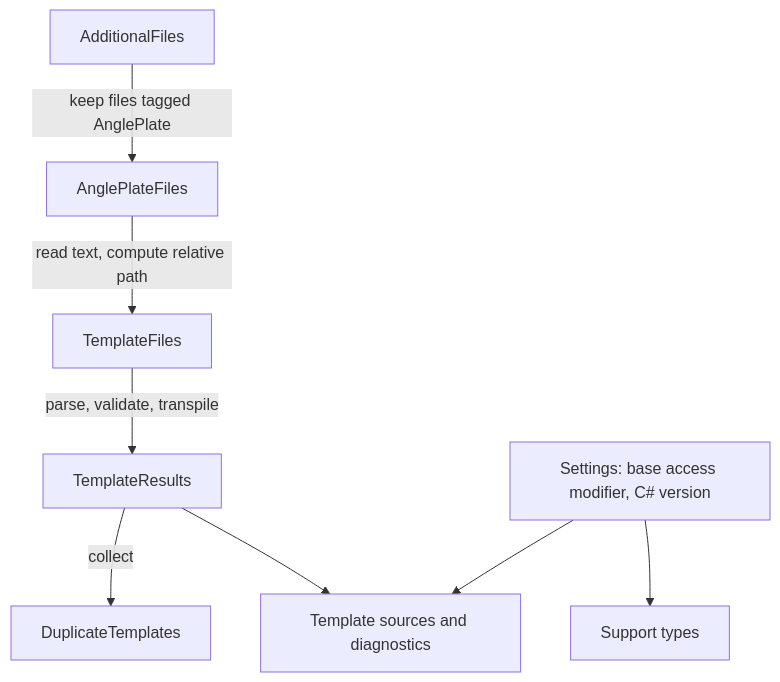
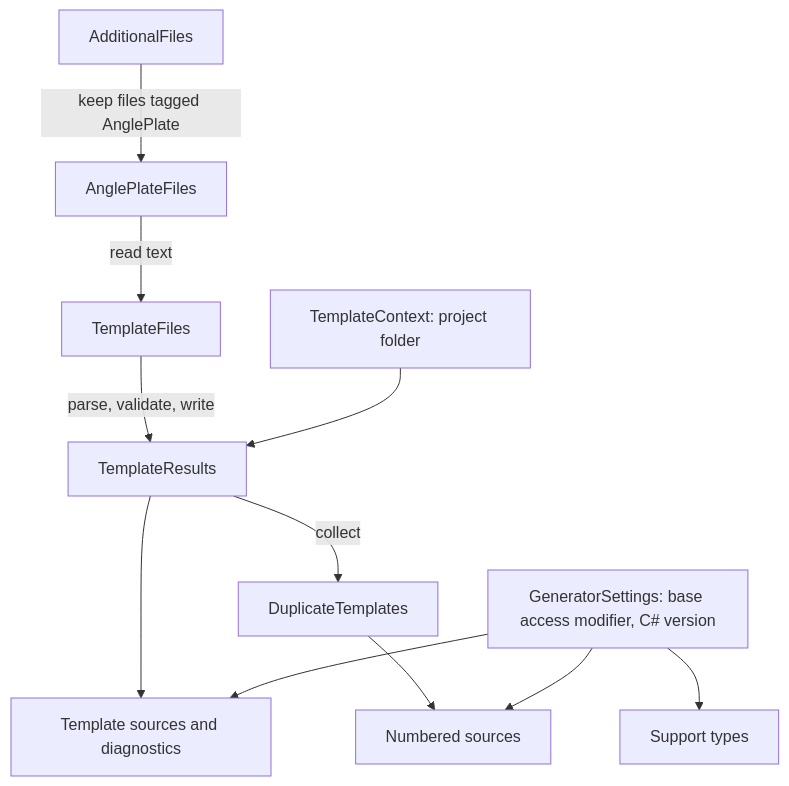
Before and after one commit to SlusserLabs/AnglePlates: the diagram in docs/development.md, drawn with Mermaid. The commit also changed other lines of this file and 44 other files, not shown here.

````diff
--- a/docs/development.md
+++ b/docs/development.md
@@ -114,10 +131,13 @@
 ```mermaid
 flowchart TD
     A[AdditionalFiles] -->|keep files tagged AnglePlate| B[AnglePlateFiles]
-    B -->|read text, compute relative path| C[TemplateFiles]
-    C -->|parse, validate, transpile| D[TemplateResults]
+    B -->|read text| C[TemplateFiles]
+    C -->|parse, validate, write| D[TemplateResults]
+    P[TemplateContext: project folder] --> D
     D --> E[Template sources and diagnostics]
     D -->|collect| G[DuplicateTemplates]
-    S[Settings: base access modifier, C# version] --> H[Support types]
+    G --> N[Numbered sources]
+    S[GeneratorSettings: base access modifier, C# version] --> H[Support types]
     S --> E
+    S --> N
 ```
````
